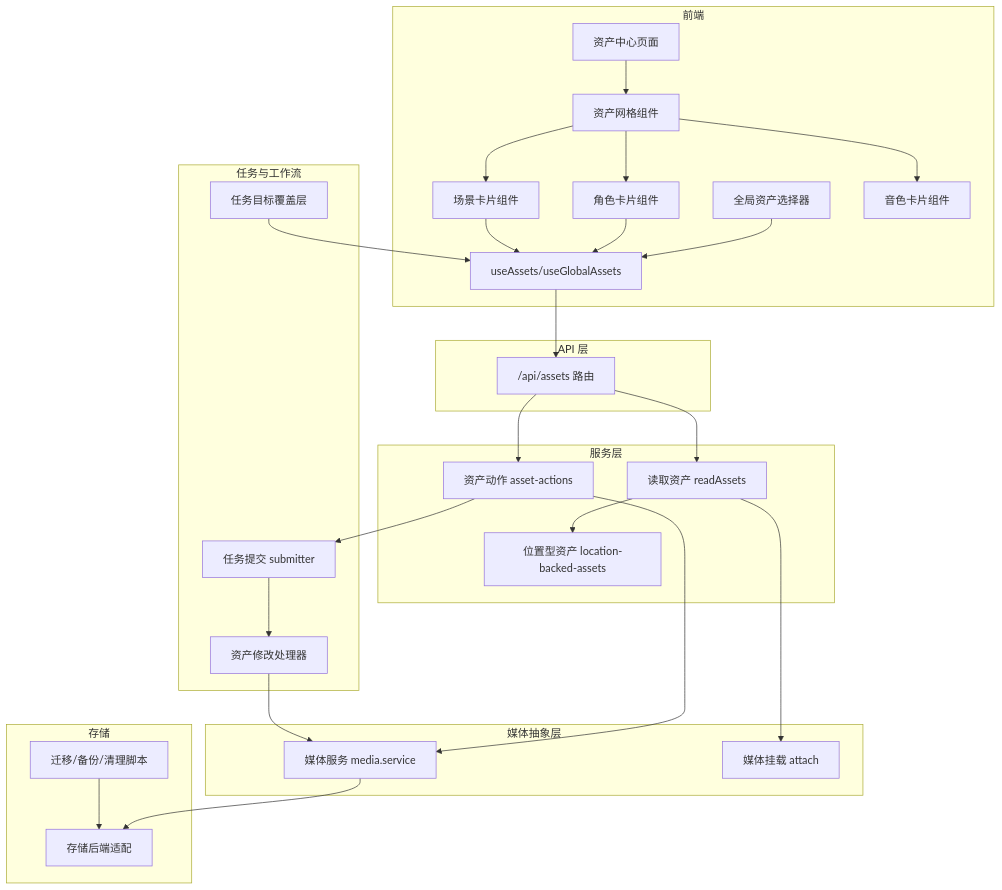
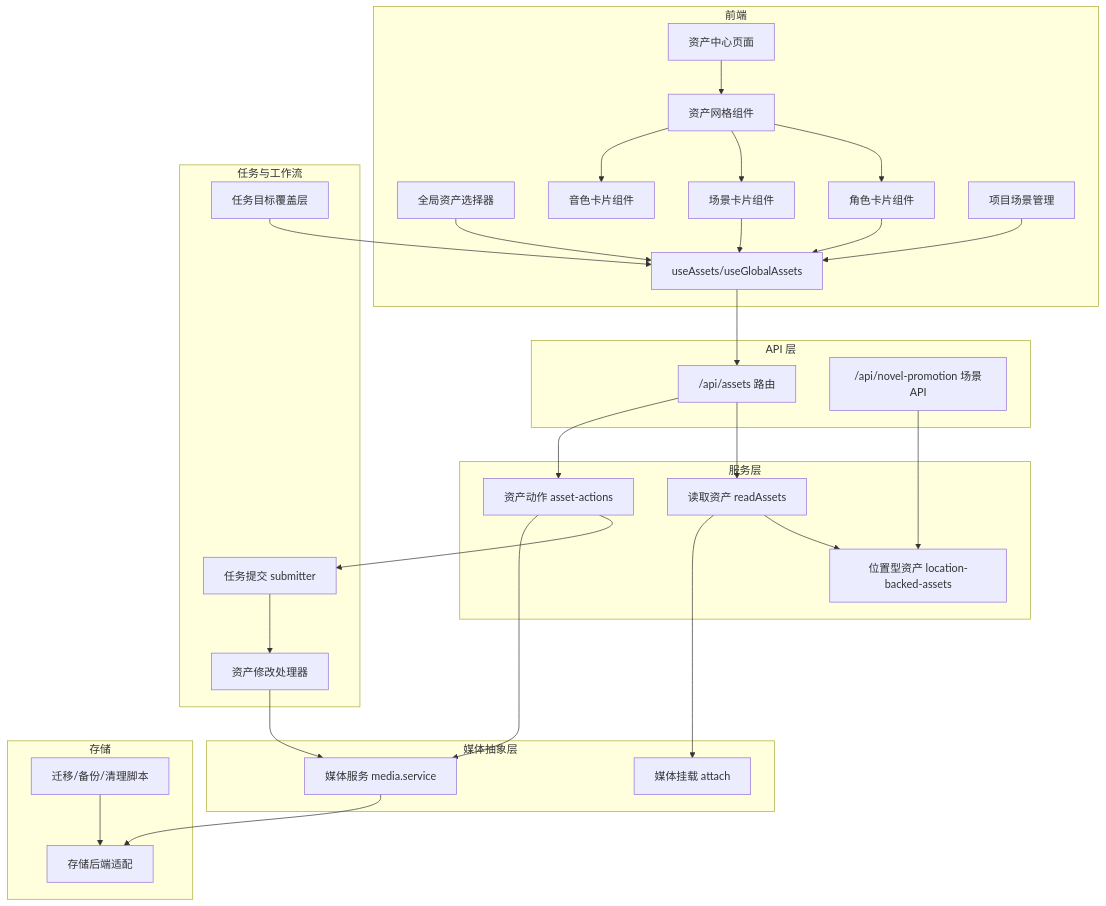
Before and after one commit to lyl2021/waoowaoo: the first of 11 diagrams in .qoder/repowiki/zh/content/资产管理/资产管理.md, drawn with Mermaid. The commit also changed other lines of this file and 41 other files, not shown here.

````diff
--- a/.qoder/repowiki/zh/content/资产管理/资产管理.md
+++ b/.qoder/repowiki/zh/content/资产管理/资产管理.md
@@ -108,52 +112,56 @@
 ```mermaid
 graph TB
 subgraph "API 层"
 API["/api/assets 路由"]
+NovelPromotionAPI["/api/novel-promotion 场景API"]
 end
 subgraph "服务层"
 Read["读取资产 readAssets"]
 Actions["资产动作 asset-actions"]
 LocBacked["位置型资产 location-backed-assets"]
 end
 subgraph "媒体抽象层"
 MediaSvc["媒体服务 media.service"]
 Attach["媒体挂载 attach"]
 end
 subgraph "前端"
 Hooks["useAssets/useGlobalAssets"]
 Picker["全局资产选择器"]
 AssetHub["资产中心页面"]
 AssetGrid["资产网格组件"]
 CharacterCard["角色卡片组件"]
 LocationCard["场景卡片组件"]
 VoiceCard["音色卡片组件"]
+LocationManagement["项目场景管理"]
 end
 subgraph "任务与工作流"
 TaskSubmit["任务提交 submitter"]
 WorkerModify["资产修改处理器"]
 TaskOverlay["任务目标覆盖层"]
 end
 subgraph "存储"
 Storage["存储后端适配"]
 Scripts["迁移/备份/清理脚本"]
 end
 API --> Read
 API --> Actions
+NovelPromotionAPI --> LocBacked
 Read --> LocBacked
 Read --> Attach
 Actions --> TaskSubmit
 Actions --> MediaSvc
 Hooks --> API
 Picker --> Hooks
 AssetHub --> AssetGrid
 AssetGrid --> CharacterCard
 AssetGrid --> LocationCard
 AssetGrid --> VoiceCard
 CharacterCard --> Hooks
 LocationCard --> Hooks
+LocationManagement --> Hooks
 TaskSubmit --> WorkerModify
 WorkerModify --> MediaSvc
 TaskOverlay --> Hooks
 MediaSvc --> Storage
 Scripts --> Storage
 ```
````
